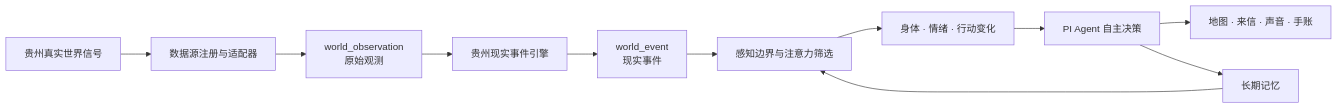
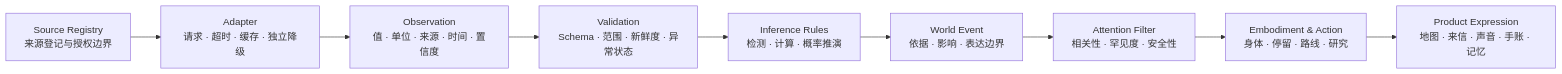
One commit to Tanangyuanan/cloud-wayfarer-app changed the second of 2 diagrams in README.md. Above: the diagram before and after it, drawn with Mermaid. The commit also changed other lines of this file, not shown here.

Commit message:
docs: expand project and data architecture

````diff
--- a/README.md
+++ b/README.md
@@ -202,13 +335,11 @@
 ```mermaid
 flowchart LR
-    A[贵州真实世界信号] --> B[数据源注册与适配器]
-    B --> C[world_observation<br>原始观测]
-    C --> D[贵州现实事件引擎]
-    D --> E[world_event<br>现实事件]
-    E --> F[感知边界与注意力筛选]
-    F --> G[身体 · 情绪 · 行动变化]
-    G --> H[PI Agent 自主决策]
-    H --> I[地图 · 来信 · 声音 · 手账]
-    H --> J[长期记忆]
-    J --> F
+    S[Source Registry<br>来源登记与授权边界] --> A[Adapter<br>请求 · 超时 · 缓存 · 独立降级]
+    A --> O[Observation<br>值 · 单位 · 来源 · 时间 · 置信度]
+    O --> V[Validation<br>Schema · 范围 · 新鲜度 · 异常状态]
+    V --> R[Inference Rules<br>检测 · 计算 · 概率推演]
+    R --> E[World Event<br>依据 · 影响 · 表达边界]
+    E --> T[Attention Filter<br>相关性 · 罕见度 · 安全性]
+    T --> B[Embodiment & Action<br>身体 · 停留 · 路线 · 研究]
+    B --> P[Product Expression<br>地图 · 来信 · 声音 · 手账 · 记忆]
 ```
````
